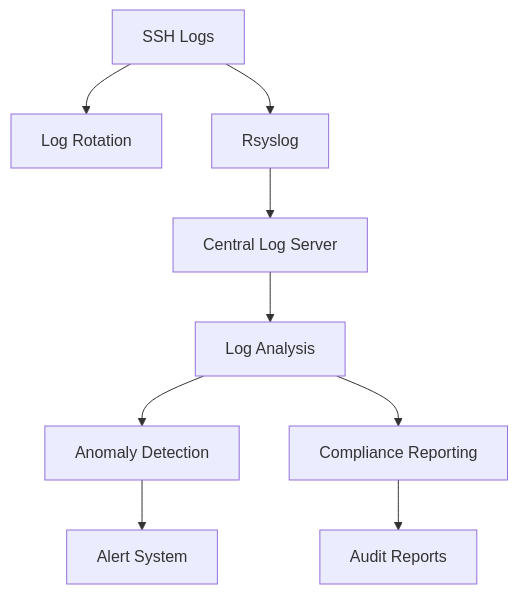
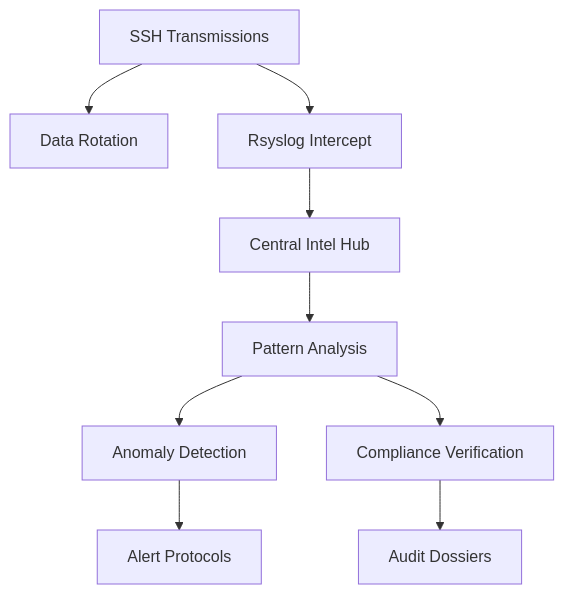
One commit to cipherbite/mastering-linux changed the second of 5 diagrams in mastering-ssh-part-one/3 - Intermediate SSH Usage.md. Above: the diagram before and after it, drawn with Mermaid. The commit also changed other lines of this file, not shown here.

Commit message:
Update 3 - Intermediate SSH Usage.md

````diff
--- a/mastering-ssh-part-one/3 - Intermediate SSH Usage.md
+++ b/mastering-ssh-part-one/3 - Intermediate SSH Usage.md
@@ -205,11 +185,11 @@
 ```mermaid
 graph TD
-    A[SSH Logs] --> B[Log Rotation]
-    A --> C[Rsyslog]
-    C --> D[Central Log Server]
-    D --> E[Log Analysis]
+    A[SSH Transmissions] --> B[Data Rotation]
+    A --> C[Rsyslog Intercept]
+    C --> D[Central Intel Hub]
+    D --> E[Pattern Analysis]
     E --> F[Anomaly Detection]
-    E --> G[Compliance Reporting]
-    F --> H[Alert System]
-    G --> I[Audit Reports]
+    E --> G[Compliance Verification]
+    F --> H[Alert Protocols]
+    G --> I[Audit Dossiers]
 ```
````
